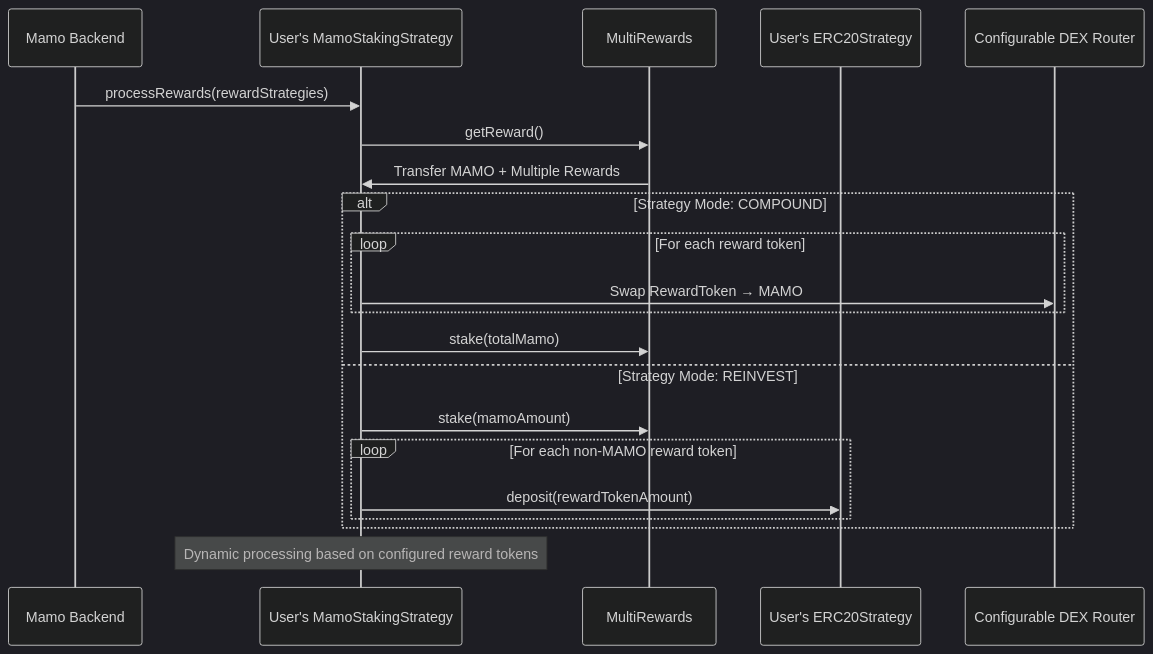
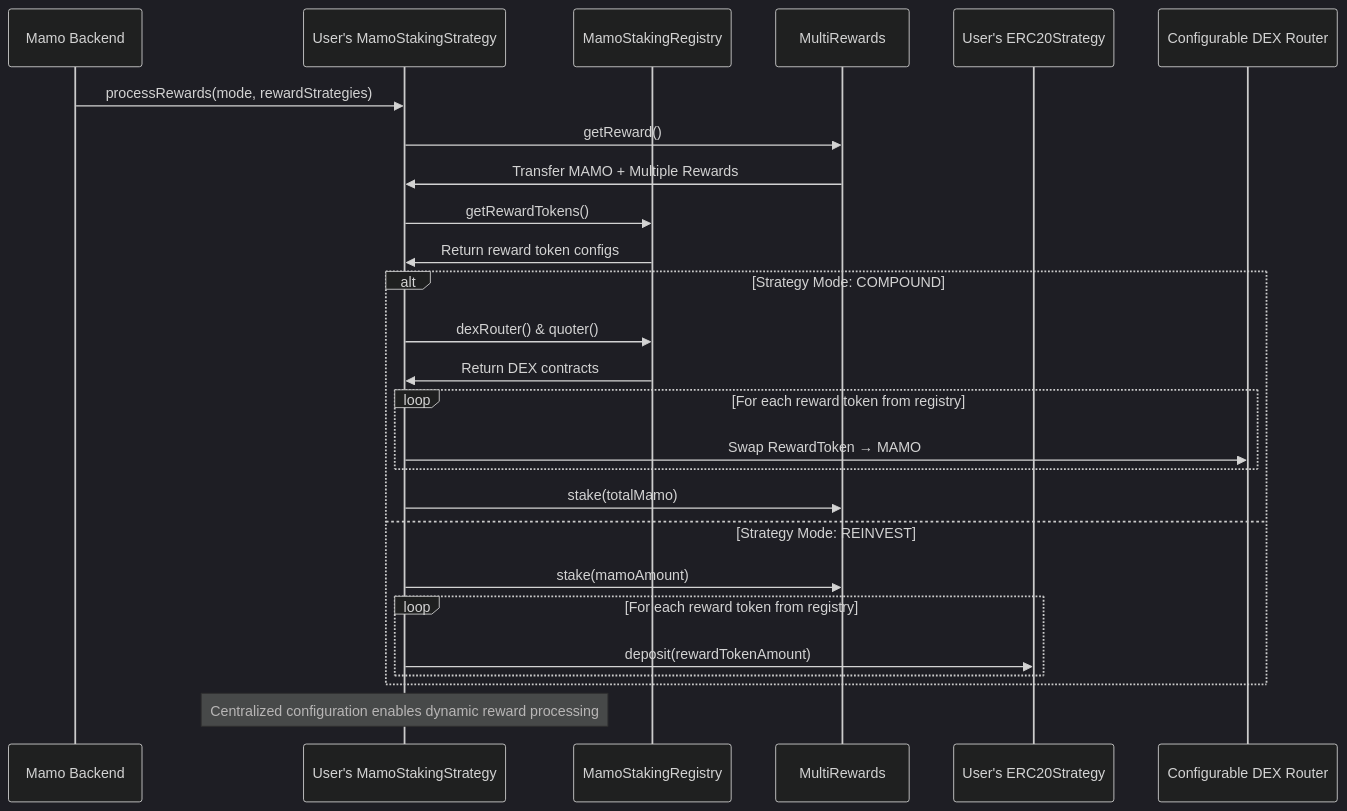
The third of 6 diagrams in docs/MAMO_STAKING_ARCHITECTURE.md (moonwell-fi/mamo-contracts), drawn with Mermaid (dark theme) before and after one commit. The commit also changed other lines of this file and 2 other files, not shown here.

First line of the commit message:
feat: implement centralized configuration in MamoStakingRegistry and update MamoStakingStrategy

````diff
--- a/docs/MAMO_STAKING_ARCHITECTURE.md
+++ b/docs/MAMO_STAKING_ARCHITECTURE.md
@@ -256,26 +351,31 @@
 ```mermaid
 sequenceDiagram
     participant Backend as Mamo Backend
     participant Strategy as User's MamoStakingStrategy
+    participant StakingRegistry as MamoStakingRegistry
     participant MultiRewards as MultiRewards
     participant ERC20Strategy as User's ERC20Strategy
     participant DEX as Configurable DEX Router
 
-    Backend->>Strategy: processRewards(rewardStrategies)
+    Backend->>Strategy: processRewards(mode, rewardStrategies)
     Strategy->>MultiRewards: getReward()
     MultiRewards->>Strategy: Transfer MAMO + Multiple Rewards
+    Strategy->>StakingRegistry: getRewardTokens()
+    StakingRegistry->>Strategy: Return reward token configs
     
     alt Strategy Mode: COMPOUND
-        loop For each reward token
+        Strategy->>StakingRegistry: dexRouter() & quoter()
+        StakingRegistry->>Strategy: Return DEX contracts
+        loop For each reward token from registry
             Strategy->>DEX: Swap RewardToken → MAMO
         end
         Strategy->>MultiRewards: stake(totalMamo)
     else Strategy Mode: REINVEST
         Strategy->>MultiRewards: stake(mamoAmount)
-        loop For each non-MAMO reward token
+        loop For each reward token from registry
             Strategy->>ERC20Strategy: deposit(rewardTokenAmount)
         end
     end
     
-    Note over Strategy: Dynamic processing based on configured reward tokens
+    Note over Strategy: Centralized configuration enables dynamic reward processing
 ```
````
